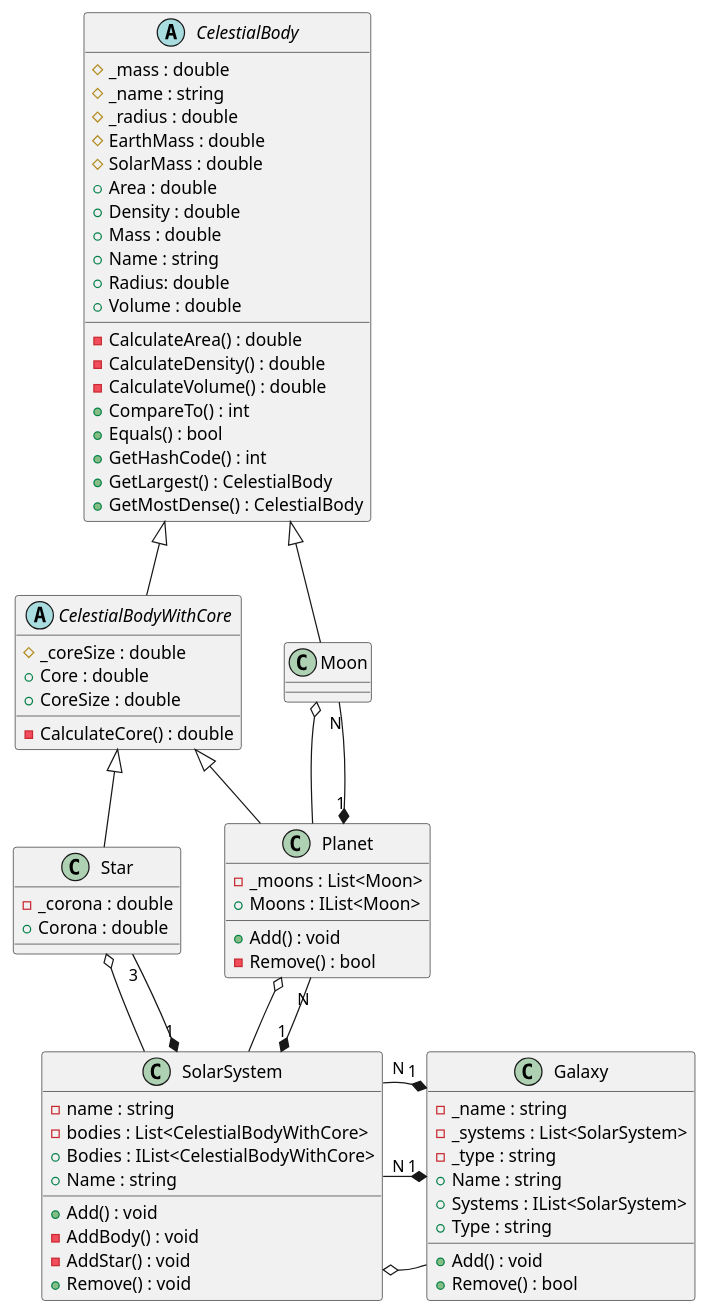
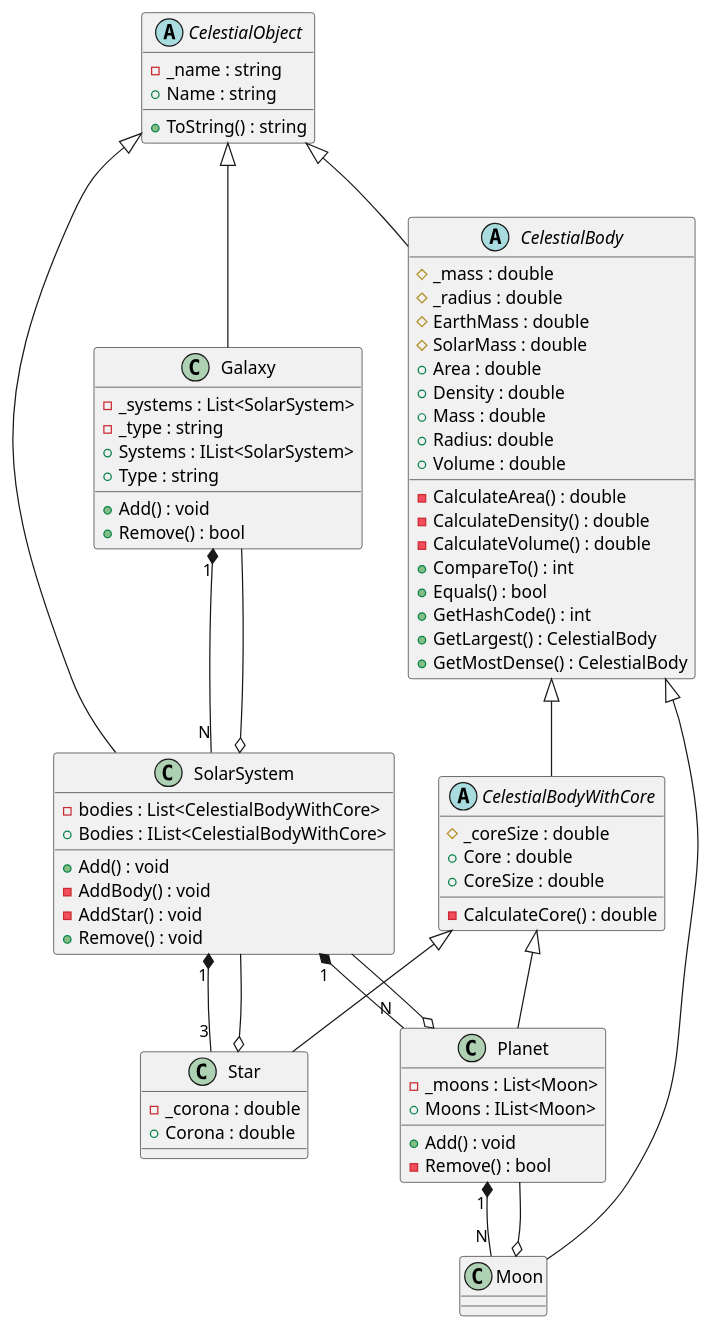
One commit to drkhapp-school/prog changed the diagram in prog4/ateliers/atelier5/ClassDiagram.puml. Above: the diagram before and after it, drawn with PlantUML.

Commit message:
ClassDiagram.puml: Added new fields

```diff
--- a/prog4/ateliers/atelier5/ClassDiagram.puml
+++ b/prog4/ateliers/atelier5/ClassDiagram.puml
@@ -1,81 +1,76 @@
 @startuml
-together {
-class Galaxy {
--_name : string
+class Galaxy extends CelestialObject {
 -_systems : List<SolarSystem>
 -_type : string
-+Name : string
 +Systems : IList<SolarSystem>
 +Type : string
 +Add() : void
 +Remove() : bool
 }
 
-class SolarSystem {
--name : string
+class SolarSystem extends CelestialObject {
 -bodies : List<CelestialBodyWithCore>
 +Bodies : IList<CelestialBodyWithCore>
-+Name : string
 +Add() : void
 -AddBody() : void
 -AddStar() : void
 +Remove() : void
 }
+
+abstract class CelestialObject {
+-_name : string
++Name : string
++ToString() : string
 }
 
-abstract class CelestialBody {
+abstract class CelestialBody extends CelestialObject {
 #_mass : double
-#_name : string
 #_radius : double
 #EarthMass : double
 #SolarMass : double
 +Area : double
 +Density : double
 +Mass : double
-+Name : string
 +Radius: double
 +Volume : double
 -CalculateArea() : double
 -CalculateDensity() : double
 -CalculateVolume() : double
 +CompareTo() : int
 +Equals() : bool
 +GetHashCode() : int
 +GetLargest() : CelestialBody
 +GetMostDense() : CelestialBody
 }
 
 abstract class CelestialBodyWithCore extends CelestialBody {
 #_coreSize : double
 +Core : double
 +CoreSize : double
 -CalculateCore() : double
 }
 
-together {
 class Star extends CelestialBodyWithCore {
 -_corona : double
 +Corona : double
 }
 
 class Planet extends CelestialBodyWithCore {
 -_moons : List<Moon>
 +Moons : IList<Moon>
 +Add() : void
 -Remove() : bool
 }
 
 class Moon extends CelestialBody {
 }
-}
 
 Planet "1" *-- "N" Moon
 Moon o-- Planet
+SolarSystem "1" *-- "3" Star
+SolarSystem "1" *-- "N" Planet
 Planet o-- SolarSystem
 Star o-- SolarSystem
 Galaxy "1" *-- "N" SolarSystem
 SolarSystem o-- Galaxy
-SolarSystem "1" *-up- "N" Planet
-SolarSystem "1" *-up- "3" Star
-Galaxy "1" *-left- "N" SolarSystem
 @enduml
```
